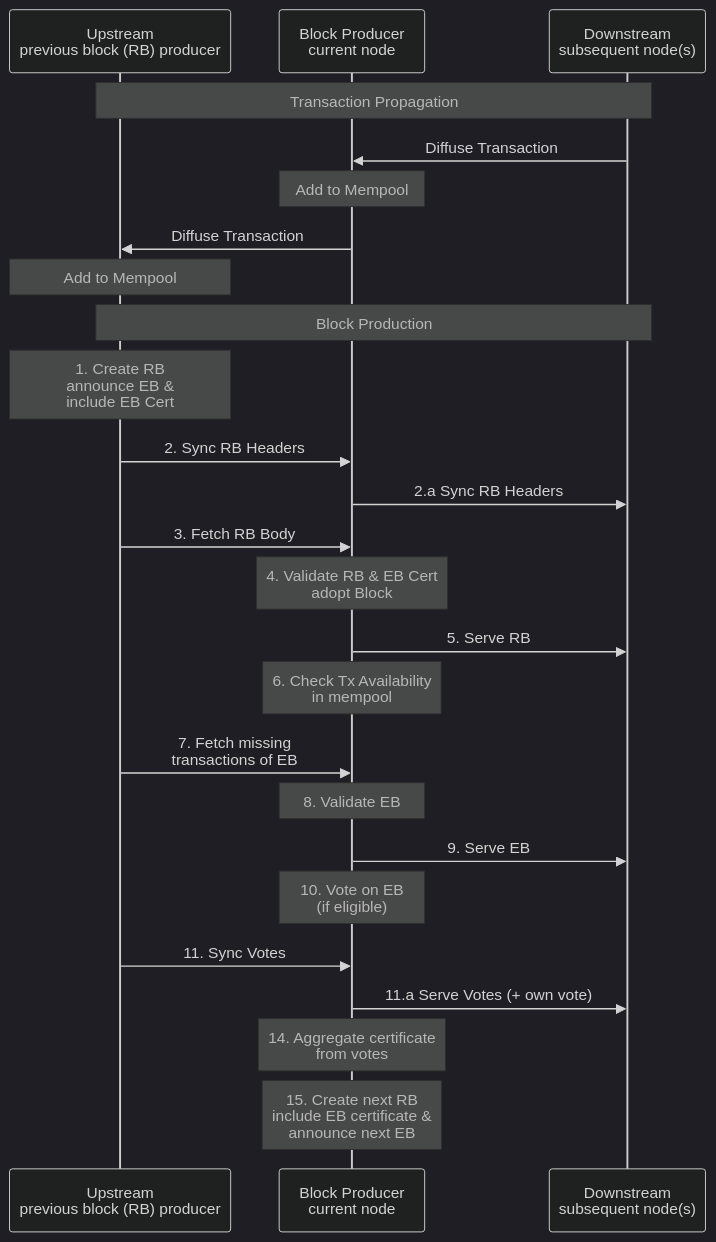
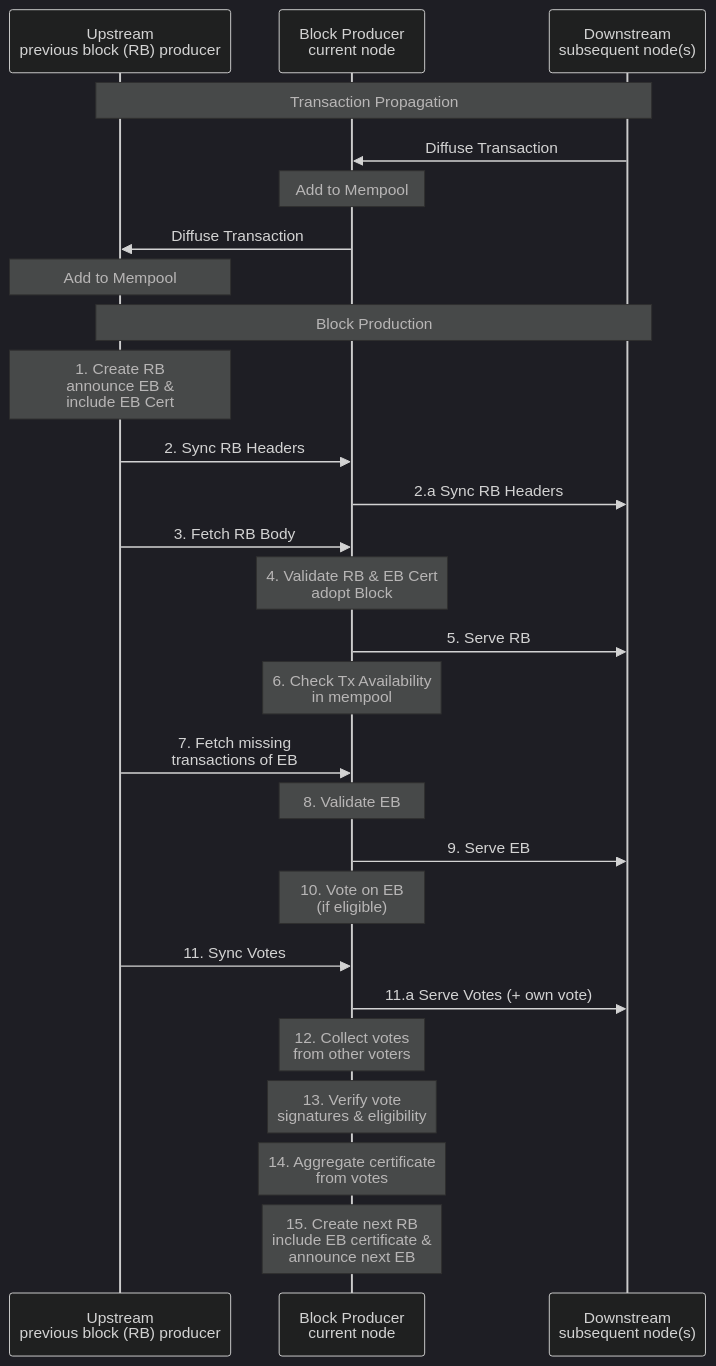
The diagram in docs/cip/README.md (input-output-hk/ouroboros-leios), drawn with Mermaid (dark theme) before and after one commit. The commit also changed other lines of this file, not shown here.

````diff
--- a/docs/cip/README.md
+++ b/docs/cip/README.md
@@ -537,35 +537,37 @@
 ```mermaid
 sequenceDiagram
     participant U as Upstream<br/>previous block (RB) producer
     participant BP as Block Producer<br/>current node  
     participant D as Downstream<br/>subsequent node(s)
 
     Note over U,D: Transaction Propagation
     D->>BP: Diffuse Transaction
     Note over BP: Add to Mempool
     BP->>U: Diffuse Transaction
     Note over U: Add to Mempool
 
     Note over U,D: Block Production
 
     Note over U: 1. Create RB<br/>announce EB &<br />include EB Cert
 
     U->>BP: 2. Sync RB Headers
     BP->>D: 2.a Sync RB Headers  
     U->>BP: 3. Fetch RB Body
 
     Note over BP: 4. Validate RB & EB Cert<br/>adopt Block
     BP->>D: 5. Serve RB
 
     Note over BP: 6. Check Tx Availability<br/>in mempool
     U->>BP: 7. Fetch missing<br />transactions of EB
     
     Note over BP: 8. Validate EB
     BP->>D: 9. Serve EB
     Note over BP: 10. Vote on EB<br />(if eligible)
     U->>BP: 11. Sync Votes
     BP->>D: 11.a Serve Votes (+ own vote)
     
+    Note over BP: 12. Collect votes<br/>from other voters
+    Note over BP: 13. Verify vote<br/>signatures & eligibility
     Note over BP: 14. Aggregate certificate<br/>from votes  
     Note over BP: 15. Create next RB<br />include EB certificate &<br />announce next EB
 ```
````
